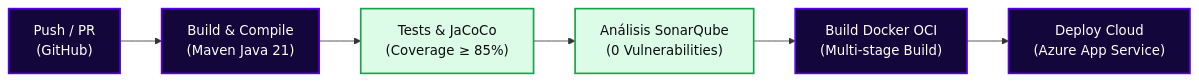
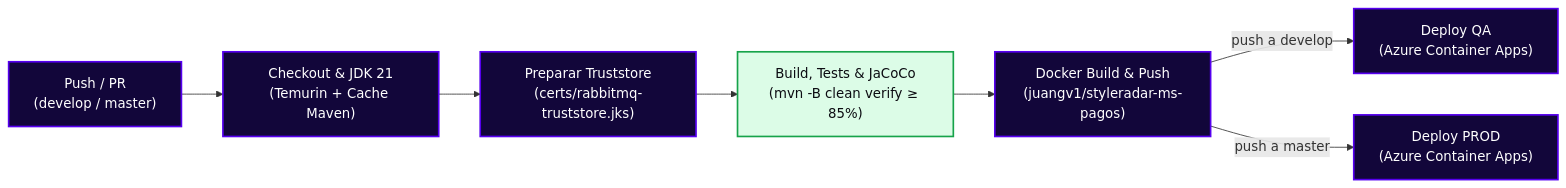
The diagram in docs/secciones/09-cicd-pipeline.md (StyleRadar1/NQS-Payment-Service), drawn with Mermaid before and after one commit. The commit also changed other lines of this file and 24 other files, not shown here.

````diff
--- a/docs/secciones/09-cicd-pipeline.md
+++ b/docs/secciones/09-cicd-pipeline.md
@@ -19,14 +31,15 @@
 ```mermaid
 flowchart LR
-    A["Push / PR<br>(GitHub)"] --> B["Build & Compile<br>(Maven Java 21)"]
-    B --> C["Tests & JaCoCo<br>(Coverage ≥ 85%)"]
-    C --> D["Análisis SonarQube<br>(0 Vulnerabilities)"]
-    D --> E["Build Docker OCI<br>(Multi-stage Build)"]
-    E --> F["Deploy Cloud<br>(Azure App Service)"]
+    A["Push / PR<br>(develop / master)"] --> B["Checkout & JDK 21<br>(Temurin + Cache Maven)"]
+    B --> C["Preparar Truststore<br>(certs/rabbitmq-truststore.jks)"]
+    C --> D["Build, Tests & JaCoCo<br>(mvn -B clean verify ≥ 85%)"]
+    D --> E["Docker Build & Push<br>(juangv1/styleradar-ms-pagos)"]
+    E -->|push a develop| F["Deploy QA<br>(Azure Container Apps)"]
+    E -->|push a master| G["Deploy PROD<br>(Azure Container Apps)"]
 
     classDef step fill:#12063A,stroke:#5600EF,stroke-width:2px,color:#FFFFFF;
     classDef pass fill:#DCFCE7,stroke:#16A34A,stroke-width:2px,color:#0C0C12;
 
-    class A,B,E,F step;
-    class C,D pass;
+    class A,B,C,E,F,G step;
+    class D pass;
 ```
````
